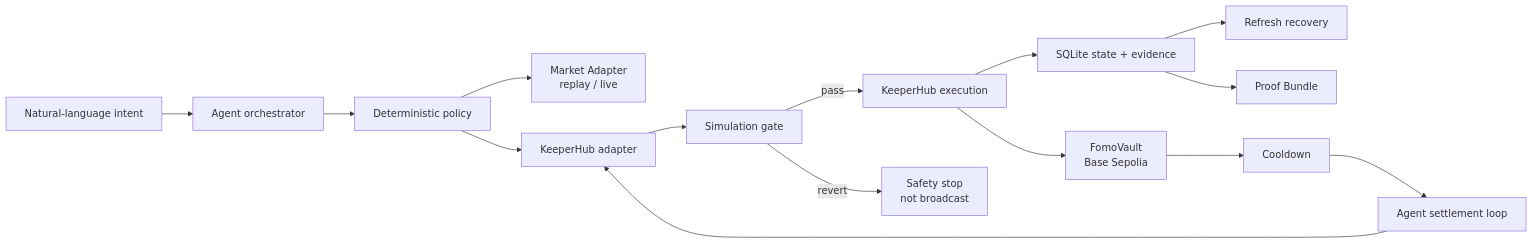
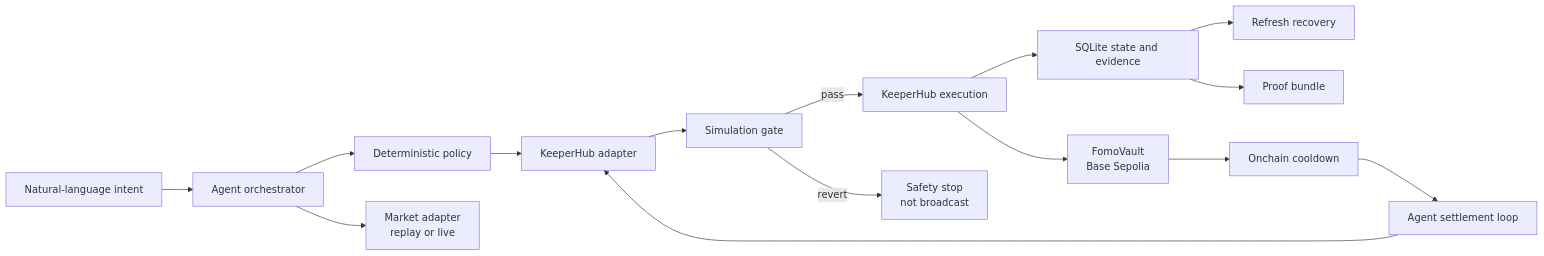
One commit to rectinajh/FOMO_Firewall changed the diagram in README.md. Above: the diagram before and after it, drawn with Mermaid. The commit also changed other lines of this file and 6 other files, not shown here.

````diff
--- a/README.md
+++ b/README.md
@@ -44,17 +64,17 @@
 ```mermaid
 flowchart LR
     U["Natural-language intent"] --> A["Agent orchestrator"]
     A --> P["Deterministic policy"]
-    P --> M["Market Adapter<br/>replay / live"]
+    A --> M["Market adapter<br/>replay or live"]
     P --> K["KeeperHub adapter"]
     K --> S["Simulation gate"]
     S -->|pass| X["KeeperHub execution"]
     S -->|revert| N["Safety stop<br/>not broadcast"]
     X --> V["FomoVault<br/>Base Sepolia"]
-    X --> DB["SQLite state + evidence"]
+    X --> DB["SQLite state and evidence"]
     DB --> R["Refresh recovery"]
-    DB --> B["Proof Bundle"]
-    V --> C["Cooldown"]
+    DB --> B["Proof bundle"]
+    V --> C["Onchain cooldown"]
     C --> L["Agent settlement loop"]
     L --> K
 ```
````
